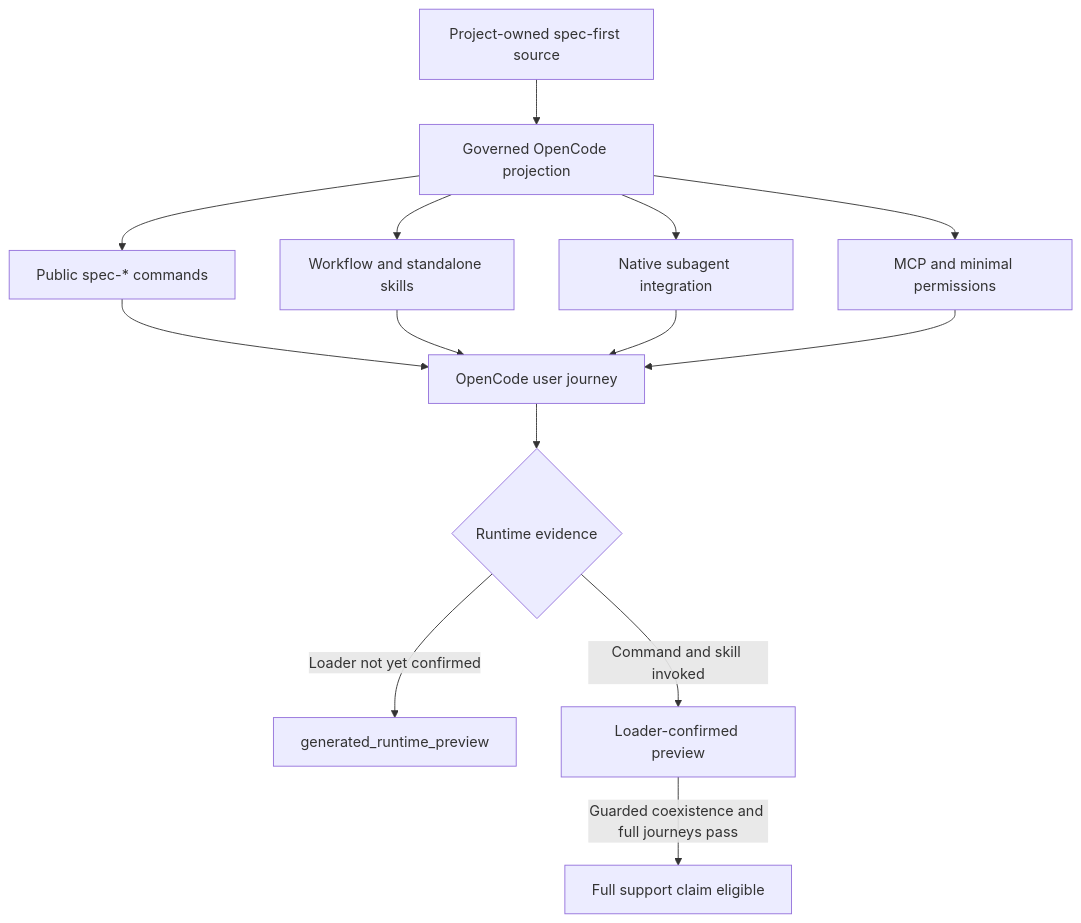
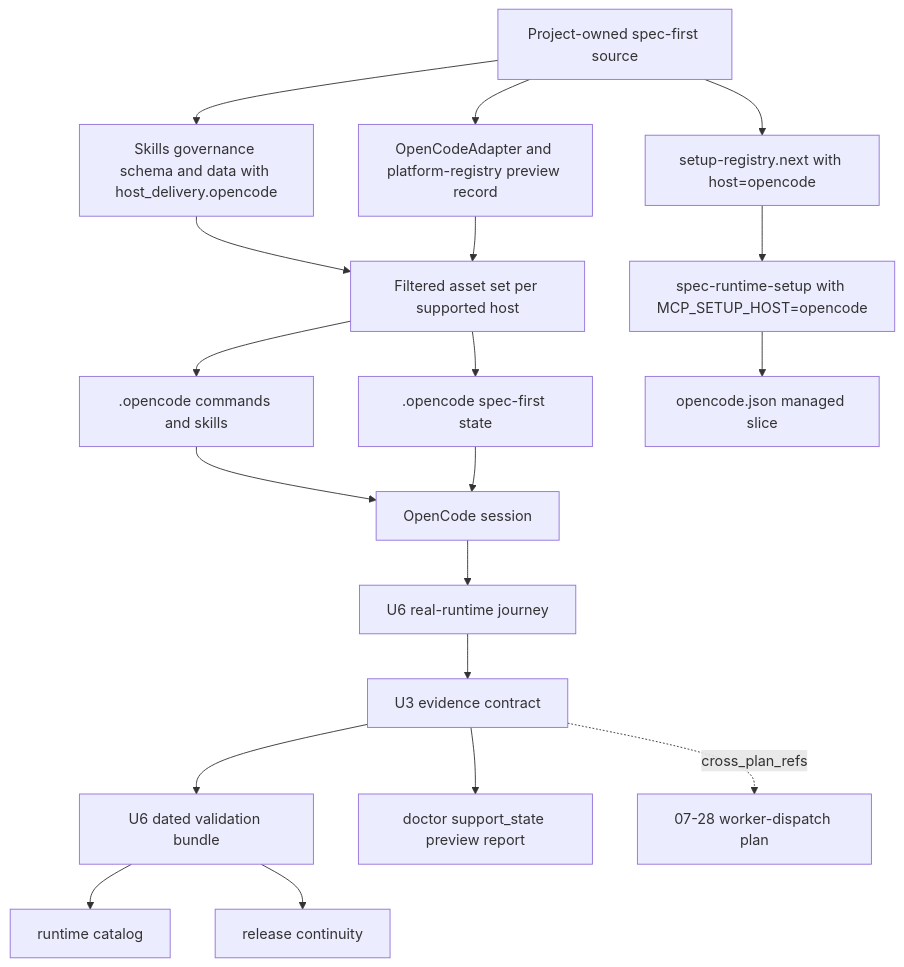
The first of 4 diagrams in docs/plans/2026-07-27-001-feat-opencode-host-support-plan.md (leo-kuang-ai/spec-first), drawn with Mermaid before and after one commit. The commit also changed other lines of this file and 119 other files, not shown here.

First line of the commit message:
feat(workflow): harden host-neutral dispatch and prompt governance

````diff
--- a/docs/plans/2026-07-27-001-feat-opencode-host-support-plan.md
+++ b/docs/plans/2026-07-27-001-feat-opencode-host-support-plan.md
@@ -57,16 +66,22 @@
 ```mermaid
 flowchart TB
-  S[Project-owned spec-first source] --> G[Governed OpenCode projection]
-  G --> C[Public spec-* commands]
-  G --> K[Workflow and standalone skills]
-  G --> A[Native subagent integration]
-  G --> M[MCP and minimal permissions]
-  C --> O[OpenCode user journey]
-  K --> O
-  A --> O
-  M --> O
-  O --> E{Runtime evidence}
-  E -->|Loader not yet confirmed| P[generated_runtime_preview]
-  E -->|Command and skill invoked| L[Loader-confirmed preview]
-  L -->|Guarded coexistence and full journeys pass| F[Full support claim eligible]
+  S[Project-owned spec-first source]
+  S --> G[Skills governance schema and data with host_delivery.opencode]
+  S --> M[OpenCodeAdapter and platform-registry preview record]
+  S --> R[setup-registry.next with host=opencode]
+  G --> F[Filtered asset set per supported host]
+  M --> F
+  R --> Setup[spec-runtime-setup with MCP_SETUP_HOST=opencode]
+  F --> C[.opencode commands and skills]
+  F --> State[.opencode spec-first state]
+  C --> Session[OpenCode session]
+  State --> Session
+  Setup --> Config[opencode.json managed slice]
+  Session --> Journey[U6 real-runtime journey]
+  Journey --> E[U3 evidence contract]
+  E --> Bundle[U6 dated validation bundle]
+  E --> Doctor[doctor support_state preview report]
+  Bundle --> Catalog[runtime catalog]
+  Bundle --> Release[release continuity]
+  E -. cross_plan_refs .-> HD[07-28 worker-dispatch plan]
 ```
````
